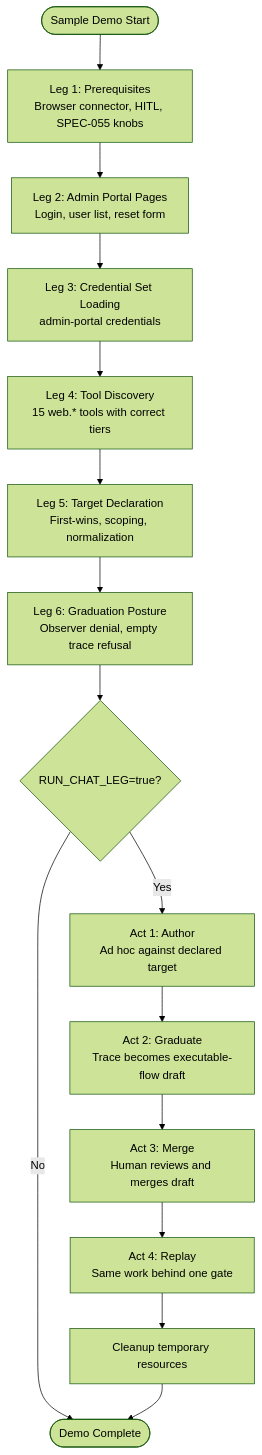
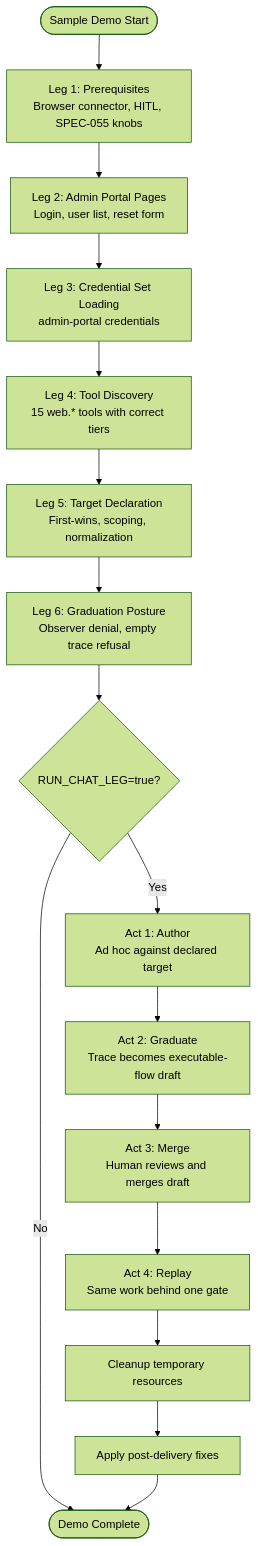
The tenth of 11 diagrams in .qoder/repowiki/en/content/Architecture Documentation/SPEC-055_ Develop-as-You-Go Skill Graduation.md (metasync/luban-aiops), drawn with Mermaid (forest theme) before and after one commit. The commit also changed other lines of this file and 21 other files, not shown here.

````diff
--- a/.qoder/repowiki/en/content/Architecture Documentation/SPEC-055_ Develop-as-You-Go Skill Graduation.md
+++ b/.qoder/repowiki/en/content/Architecture Documentation/SPEC-055_ Develop-as-You-Go Skill Graduation.md
@@ -561,17 +562,18 @@
 ```mermaid
 flowchart TD
 Start(["Sample Demo Start"]) --> Leg1["Leg 1: Prerequisites<br/>Browser connector, HITL, SPEC-055 knobs"]
 Leg1 --> Leg2["Leg 2: Admin Portal Pages<br/>Login, user list, reset form"]
 Leg2 --> Leg3["Leg 3: Credential Set Loading<br/>admin-portal credentials"]
 Leg3 --> Leg4["Leg 4: Tool Discovery<br/>15 web.* tools with correct tiers"]
 Leg4 --> Leg5["Leg 5: Target Declaration<br/>First-wins, scoping, normalization"]
 Leg5 --> Leg6["Leg 6: Graduation Posture<br/>Observer denial, empty trace refusal"]
 Leg6 --> ChatLegs{"RUN_CHAT_LEG=true?"}
 ChatLegs --> |Yes| Act1["Act 1: Author<br/>Ad hoc against declared target"]
 ChatLegs --> |No| End(["Demo Complete"])
 Act1 --> Act2["Act 2: Graduate<br/>Trace becomes executable-flow draft"]
 Act2 --> Act3["Act 3: Merge<br/>Human reviews and merges draft"]
 Act3 --> Act4["Act 4: Replay<br/>Same work behind one gate"]
 Act4 --> Cleanup["Cleanup temporary resources"]
-Cleanup --> End
+Cleanup --> PostFixes["Apply post-delivery fixes"]
+PostFixes --> End
 ```
````
